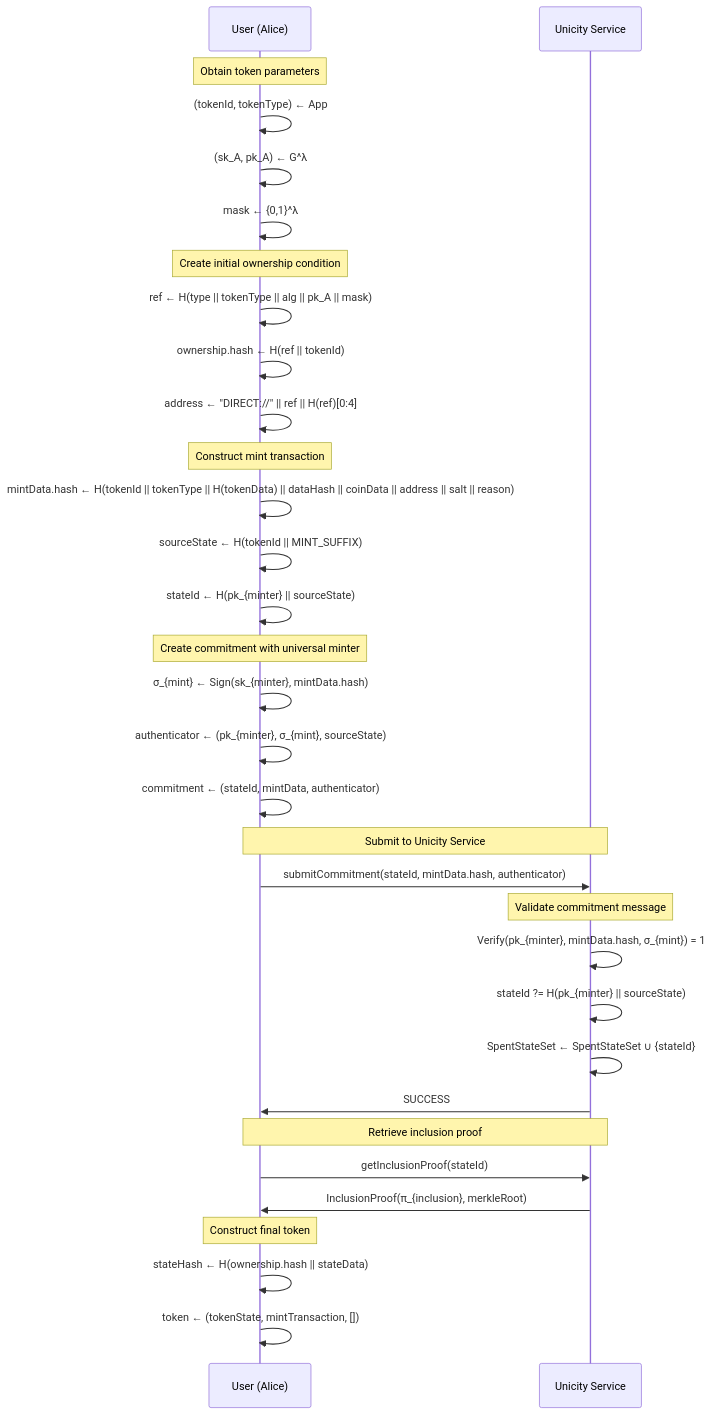
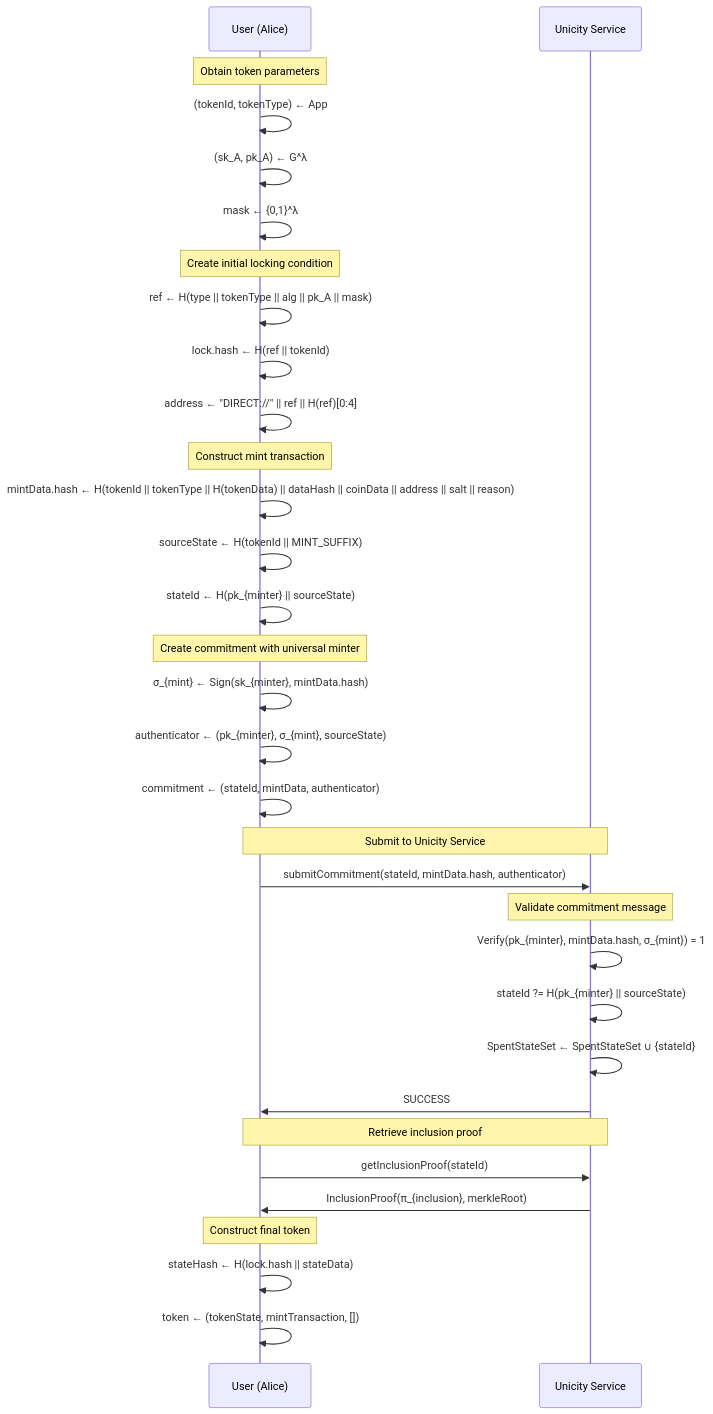
The first of 3 diagrams in PROTOCOL_DOCUMENTATION.md (unicitynetwork/execution-model-tex), drawn with Mermaid before and after one commit. The commit also changed other lines of this file, not shown here.

````diff
--- a/PROTOCOL_DOCUMENTATION.md
+++ b/PROTOCOL_DOCUMENTATION.md
@@ -330,42 +333,42 @@
 ```mermaid
 sequenceDiagram
     participant U as User (Alice)
     participant P as Unicity Service
 
     Note over U: Obtain token parameters
     U->>U: (tokenId, tokenType)  ← App
     U->>U: (sk_A, pk_A) ← G^λ
     U->>U: mask ← {0,1}^λ
 
-    Note over U: Create initial ownership condition
+    Note over U: Create initial locking condition
     U->>U: ref ← H(type || tokenType || alg || pk_A || mask)
-    U->>U: ownership.hash ← H(ref || tokenId)
+    U->>U: lock.hash ← H(ref || tokenId)
     U->>U: address ← "DIRECT://" || ref || H(ref)[0:4]
 
     Note over U: Construct mint transaction
     U->>U: mintData.hash ← H(tokenId || tokenType || H(tokenData) || dataHash || coinData || address || salt || reason)
     U->>U: sourceState ← H(tokenId || MINT_SUFFIX)
     U->>U: stateId ← H(pk_{minter} || sourceState)
 
     Note over U: Create commitment with universal minter
     U->>U: σ_{mint} ← Sign(sk_{minter}, mintData.hash)
     U->>U: authenticator ← (pk_{minter}, σ_{mint}, sourceState)
     U->>U: commitment ← (stateId, mintData, authenticator)
 
     Note over U,P: Submit to Unicity Service
     U->>P: submitCommitment(stateId, mintData.hash, authenticator)
 
     Note over P: Validate commitment message
     P->>P: Verify(pk_{minter}, mintData.hash, σ_{mint}) = 1
     P->>P: stateId ?= H(pk_{minter} || sourceState)
     P->>P: SpentStateSet ← SpentStateSet ∪ {stateId}
     P->>U: SUCCESS
 
     Note over U,P: Retrieve inclusion proof
     U->>P: getInclusionProof(stateId)
     P->>U: InclusionProof(π_{inclusion}, merkleRoot)
 
     Note over U: Construct final token
-    U->>U: stateHash ← H(ownership.hash || stateData)
+    U->>U: stateHash ← H(lock.hash || stateData)
     U->>U: token ← (tokenState, mintTransaction, [])
 ```
````
